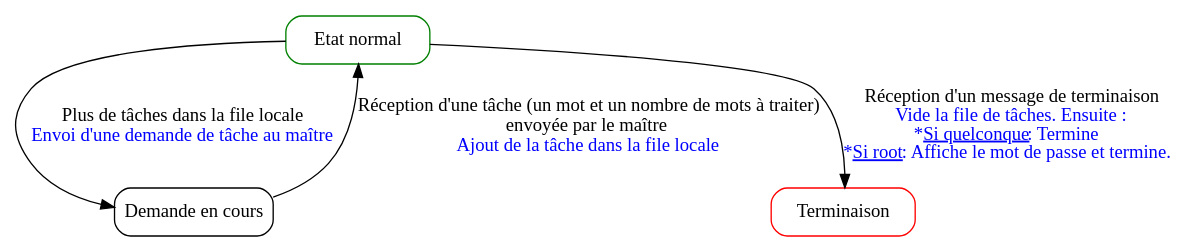
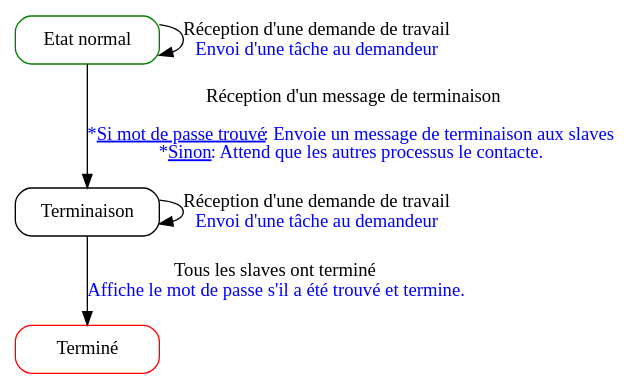
Before and after one commit to aurelienfalco/pg305: the diagram in rapport/img/automat-master.dot, drawn with Graphviz. The commit also changed 2 other files, not shown here.

```diff
--- a/rapport/img/automat-master.dot
+++ b/rapport/img/automat-master.dot
@@ -1,41 +1,44 @@
 digraph coherence {
 
 graph [fontname = "times"];
 node [fontname = "times"];
 edge [fontname = "times"];
 
     node
         [shape=Mrecord width=1.5];
 
     subgraph process_automaton {
 
         label="Process";
 
         //
         // States (Nodes)
         //
 
         "Process::Normal"
             [root="true" color="green" label="{Etat normal}"];
 
-        "Process::Demande"
-            [label="{Demande en cours}"];
+        "Process::Terminaison"
+            [label="{Terminaison}"];
 
-        "Process::Terminaison"
-            [color="red" label="{Terminaison}"];
+        "Process::Terminé"
+            [color="red" label="{Terminé}"];
 
         //
         // Transitions (Edges)
         //
 
-        "Process::Normal" -> "Process::Demande"
-            [label=<Plus de tâches dans la file locale<BR/><FONT color="blue">Envoi d'une demande de tâche au maître</FONT>>];
-
-        "Process::Demande" -> "Process::Normal"
-            [label=<Réception d'une tâche (un mot et un nombre de mots à traiter)<BR/>envoyée par le maître<BR/><FONT color="blue">Ajout de la tâche dans la file locale</FONT>>];
+        "Process::Normal" -> "Process::Normal"
+            [label=<Réception d'une demande de travail<BR/><FONT color="blue">Envoi d'une tâche au demandeur</FONT>>];
 
         "Process::Normal" -> "Process::Terminaison"
-            [label=<Réception d'un message de terminaison<BR/><FONT color="blue">Vide la file de tâches. Ensuite :<BR/>*<u>Si quelconque</u> : Termine<BR/>*<u>Si root</u> : Affiche le mot de passe et termine.</FONT>>];
+            [label=<Réception d'un message de terminaison<BR/><FONT color="blue"><BR/>*<u>Si mot de passe trouvé</u> : Envoie un message de terminaison aux slaves<BR/>*<u>Sinon</u> : Attend que les autres processus le contacte.</FONT>>];
+
+        "Process::Terminaison" -> "Process::Terminaison"
+            [label=<Réception d'une demande de travail<BR/><FONT color="blue">Envoi d'une tâche au demandeur</FONT>>];
+
+        "Process::Terminaison" -> "Process::Terminé"
+            [label=<Tous les slaves ont terminé<BR/><FONT color="blue">Affiche le mot de passe s'il a été trouvé et termine.</FONT>>];    
     }
 
 }
```
